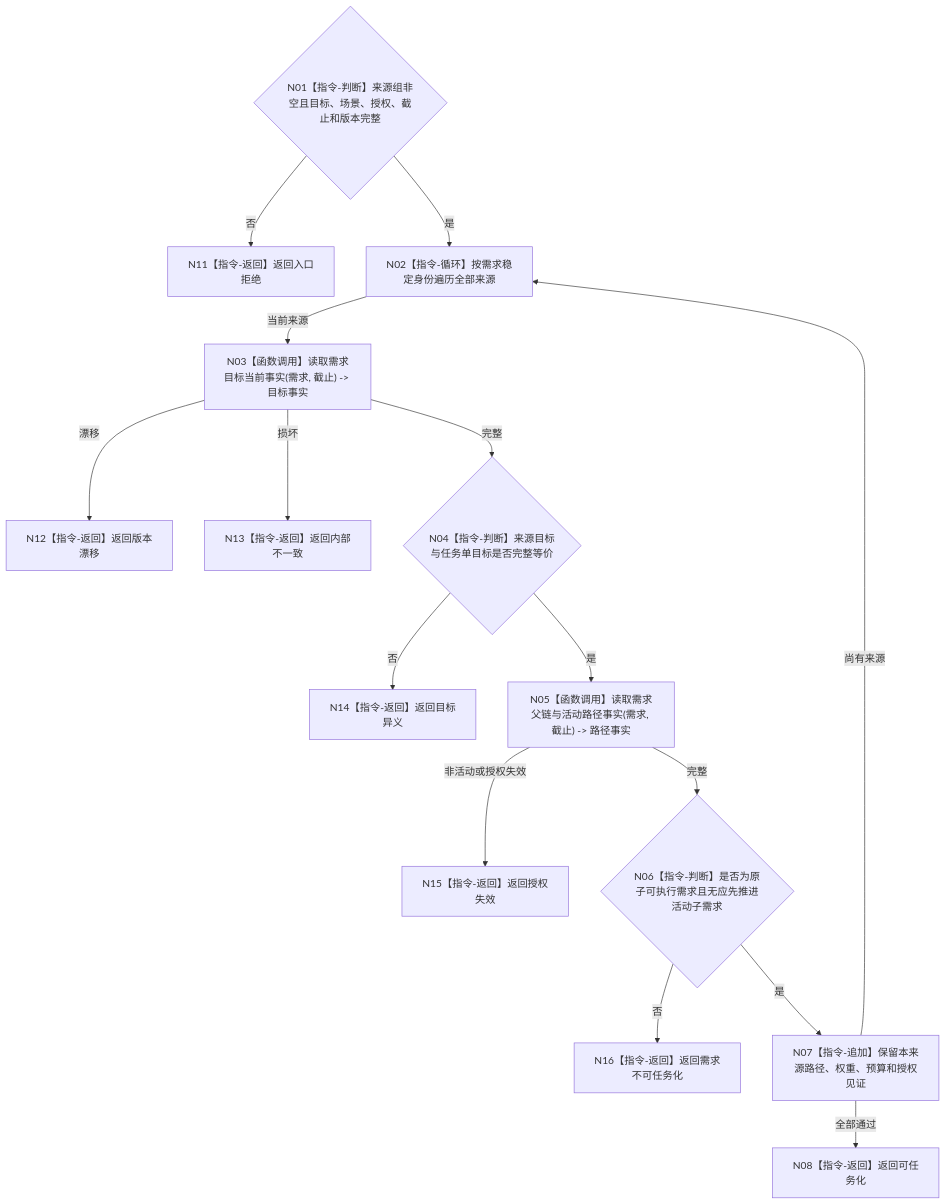
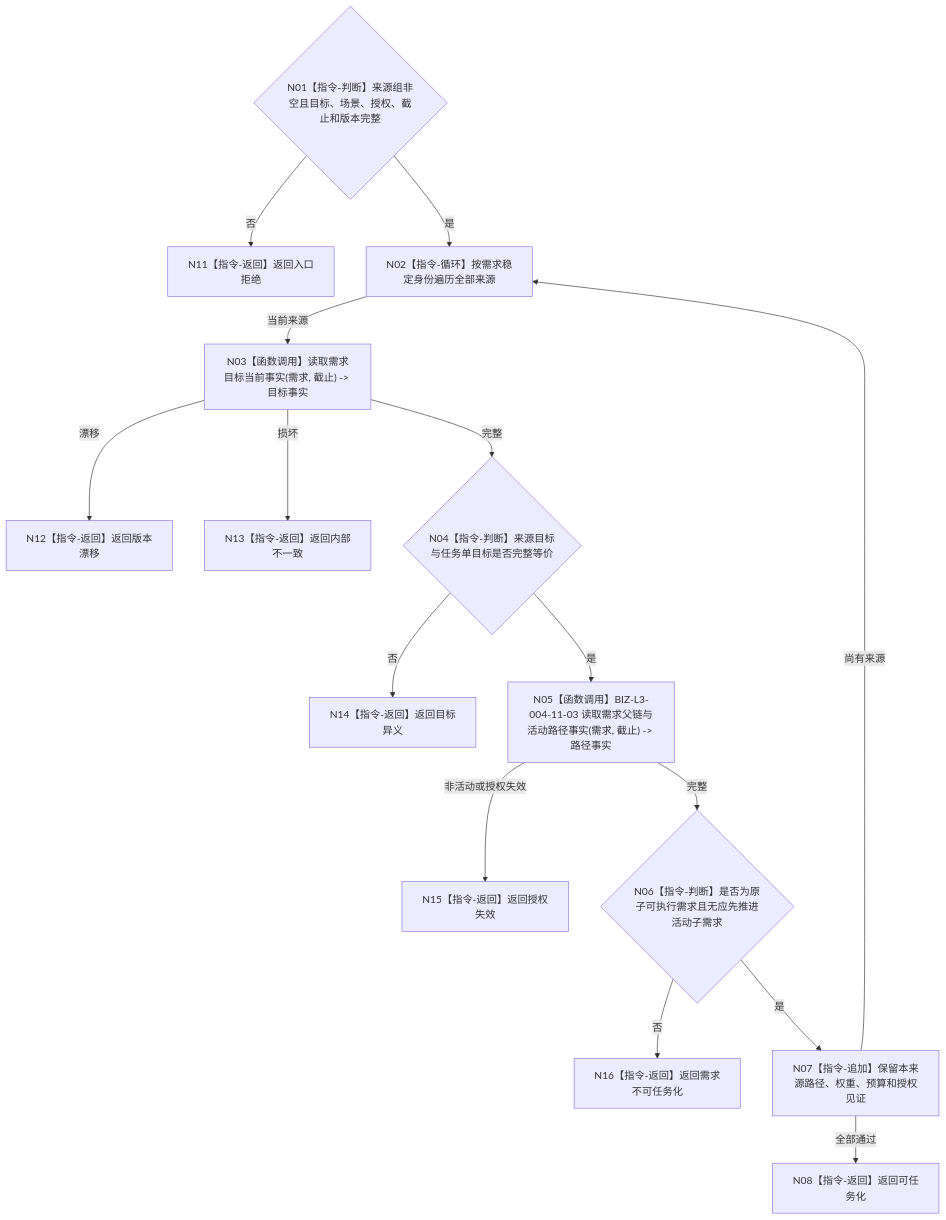
The diagram in 流程图/目标业务流程图/L4/BIZ-L4-004-02-03-01_复核全部来源目标等价与任务化闸门_目标函数流程图_v0.1.md (chunhaizh-cyber/HY-Ego), drawn with Mermaid before and after one commit. The commit also changed other lines of this file and 31 other files, not shown here.

````diff
--- a/流程图/目标业务流程图/L4/BIZ-L4-004-02-03-01_复核全部来源目标等价与任务化闸门_目标函数流程图_v0.1.md
+++ b/流程图/目标业务流程图/L4/BIZ-L4-004-02-03-01_复核全部来源目标等价与任务化闸门_目标函数流程图_v0.1.md
@@ -30,17 +30,17 @@
 ```mermaid
 flowchart TD
     N01{"N01【指令-判断】来源组非空且目标、场景、授权、截止和版本完整"} -->|否| N11["N11【指令-返回】返回入口拒绝"]
     N01 -->|是| N02["N02【指令-循环】按需求稳定身份遍历全部来源"]
     N02 -->|当前来源| N03["N03【函数调用】读取需求目标当前事实(需求, 截止) -> 目标事实"]
     N03 -->|漂移| N12["N12【指令-返回】返回版本漂移"]
     N03 -->|损坏| N13["N13【指令-返回】返回内部不一致"]
     N03 -->|完整| N04{"N04【指令-判断】来源目标与任务单目标是否完整等价"}
     N04 -->|否| N14["N14【指令-返回】返回目标异义"]
-    N04 -->|是| N05["N05【函数调用】读取需求父链与活动路径事实(需求, 截止) -> 路径事实"]
+    N04 -->|是| N05["N05【函数调用】BIZ-L3-004-11-03 读取需求父链与活动路径事实(需求, 截止) -> 路径事实"]
     N05 -->|非活动或授权失效| N15["N15【指令-返回】返回授权失效"]
     N05 -->|完整| N06{"N06【指令-判断】是否为原子可执行需求且无应先推进活动子需求"}
     N06 -->|否| N16["N16【指令-返回】返回需求不可任务化"]
     N06 -->|是| N07["N07【指令-追加】保留本来源路径、权重、预算和授权见证"]
     N07 -->|尚有来源| N02
     N07 -->|全部通过| N08["N08【指令-返回】返回可任务化"]
 ```
````
